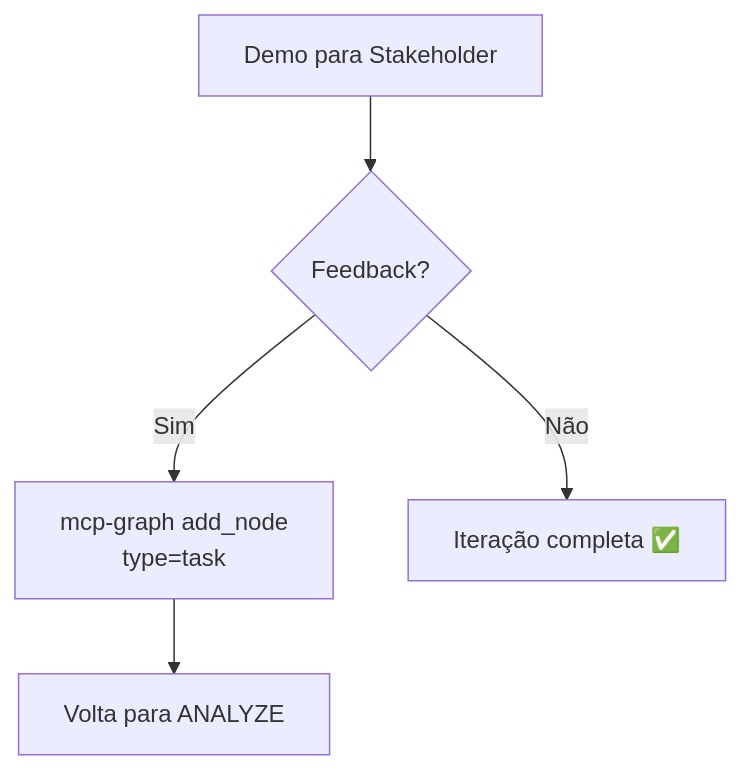
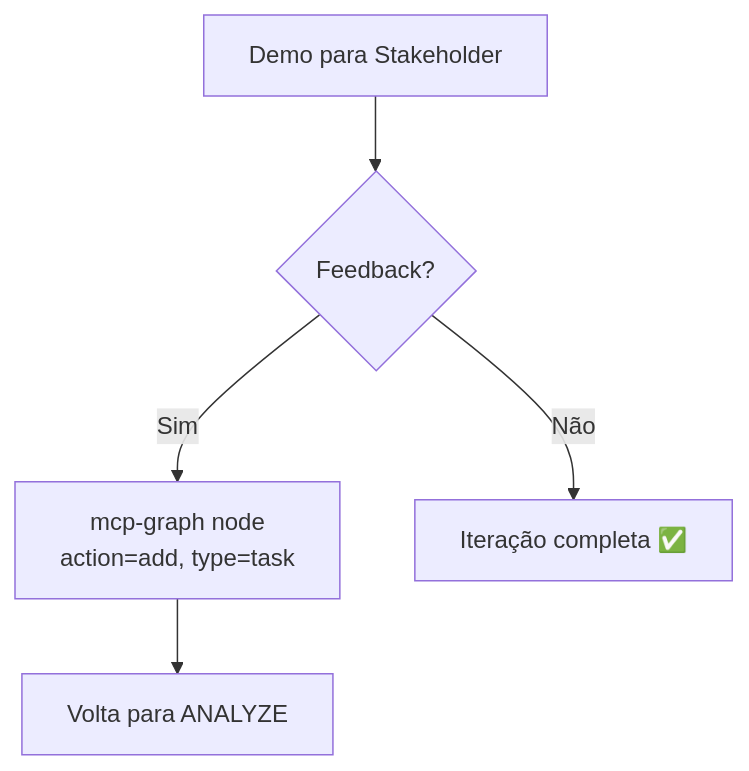
One commit to sraphaz/mcp-graph-workflow changed diagram 12 of 19 in docs/LIFECYCLE.md. Above: the diagram before and after it, drawn with Mermaid. The commit also changed other lines of this file and 8 other files, not shown here.

````diff
--- a/docs/LIFECYCLE.md
+++ b/docs/LIFECYCLE.md
@@ -455,7 +455,7 @@
 ```mermaid
 graph TD
     DEMO[Demo para Stakeholder] --> FB{Feedback?}
-    FB --> |Sim| ADD[mcp-graph add_node<br/>type=task]
+    FB --> |Sim| ADD[mcp-graph node<br/>action=add, type=task]
     ADD --> ANALYZE[Volta para ANALYZE]
     FB --> |Não| DONE[Iteração completa ✅]
 ```
````
